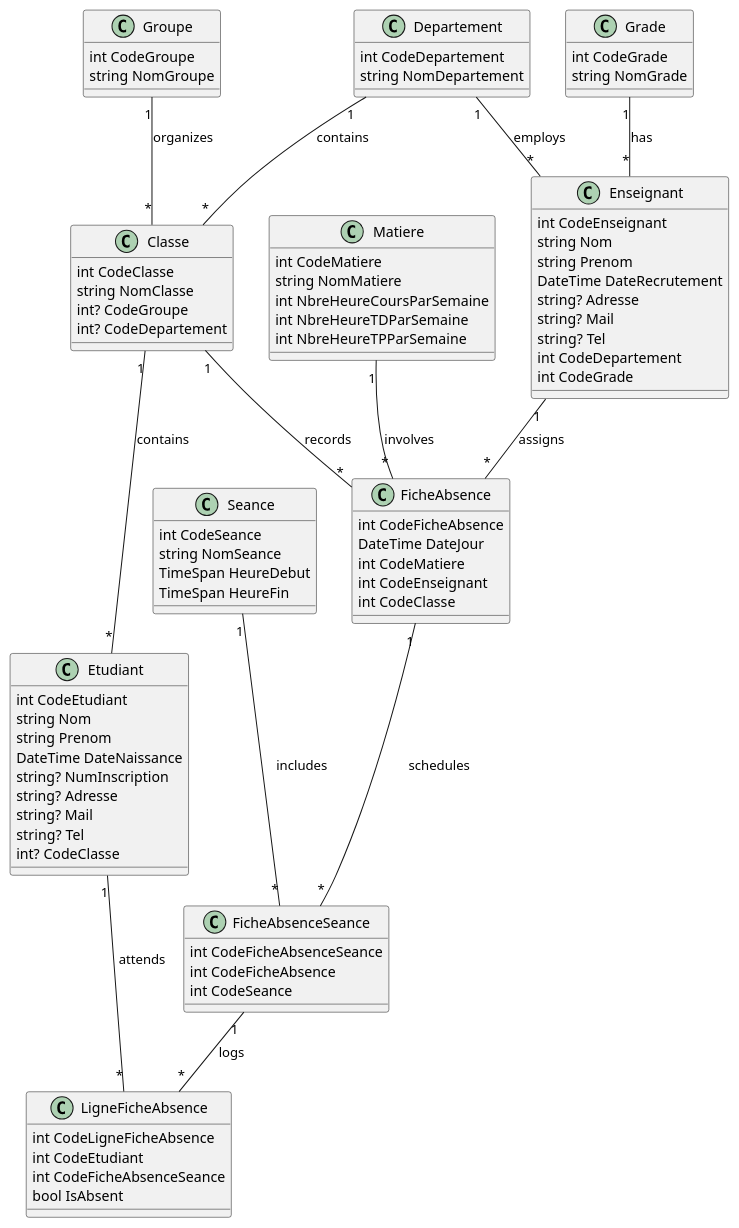
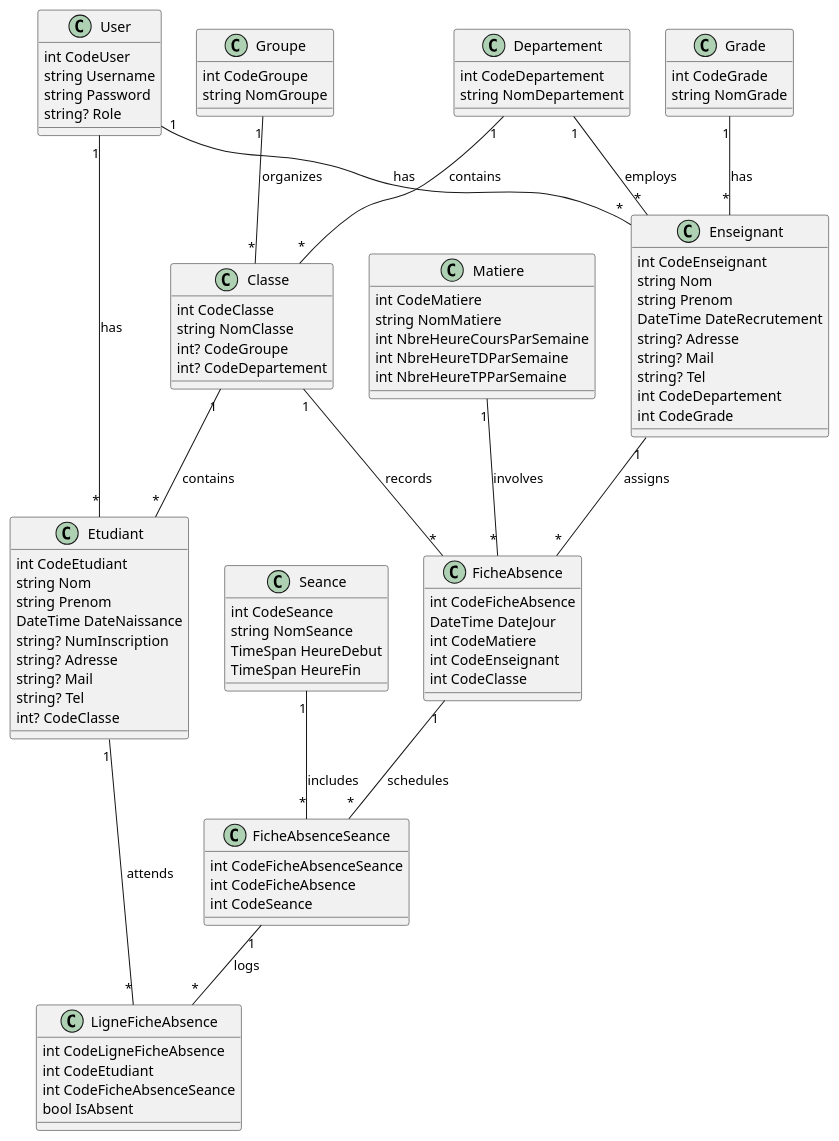
Before and after one commit to Mk-1000/ClassCheck: the diagram in classdiagram.plantuml, drawn with PlantUML. The commit also changed 4 other files, not shown here.

```diff
--- a/classdiagram.plantuml
+++ b/classdiagram.plantuml
@@ -1,107 +1,117 @@
 @startuml
 
 class Classe {
     int CodeClasse
     string NomClasse
     int? CodeGroupe
     int? CodeDepartement
     }
     
 class Departement {
     int CodeDepartement
     string NomDepartement
 }
 
 class Groupe {
     int CodeGroupe
     string NomGroupe
 }
 
 class Enseignant {
     int CodeEnseignant
     string Nom
     string Prenom
     DateTime DateRecrutement
     string? Adresse
     string? Mail
     string? Tel
     int CodeDepartement
     int CodeGrade
 }
 
 class Etudiant {
     int CodeEtudiant
     string Nom
     string Prenom
     DateTime DateNaissance
     string? NumInscription
     string? Adresse
     string? Mail
     string? Tel
     int? CodeClasse
 }
 
 class FicheAbsence {
     int CodeFicheAbsence
     DateTime DateJour
     int CodeMatiere
     int CodeEnseignant
     int CodeClasse
 }
 
 class FicheAbsenceSeance {
     int CodeFicheAbsenceSeance
     int CodeFicheAbsence
     int CodeSeance
 }
 
 class Grade {
     int CodeGrade
     string NomGrade
 }
 
 class LigneFicheAbsence {
     int CodeLigneFicheAbsence
     int CodeEtudiant
     int CodeFicheAbsenceSeance
     bool IsAbsent
 }
 
 class Matiere {
     int CodeMatiere
     string NomMatiere
     int NbreHeureCoursParSemaine
     int NbreHeureTDParSemaine
     int NbreHeureTPParSemaine
 }
 
 class Seance {
     int CodeSeance
     string NomSeance
     TimeSpan HeureDebut
     TimeSpan HeureFin
 }
 
+class User {
+    int CodeUser
+    string Username
+    string Password
+    string? Role
+}
+
+User "1" -- "*" Enseignant : has
+User "1" -- "*" Etudiant : has
+
 Departement "1" -- "*" Classe : contains
 Departement "1" -- "*" Enseignant : employs
 
 Groupe "1" -- "*" Classe : organizes
 
 Classe "1" -- "*" Etudiant : contains
 Classe "1" -- "*" FicheAbsence : records
 
 Enseignant "1" -- "*" FicheAbsence : assigns
 
 FicheAbsence "1" -- "*" FicheAbsenceSeance : schedules
 
 FicheAbsenceSeance "1" -- "*" LigneFicheAbsence : logs
 
 Etudiant "1" -- "*" LigneFicheAbsence : attends
 
 Grade "1" -- "*" Enseignant : has
 
 Matiere "1" -- "*" FicheAbsence : involves
 
 Seance "1" -- "*" FicheAbsenceSeance : includes
 
 @enduml
```
